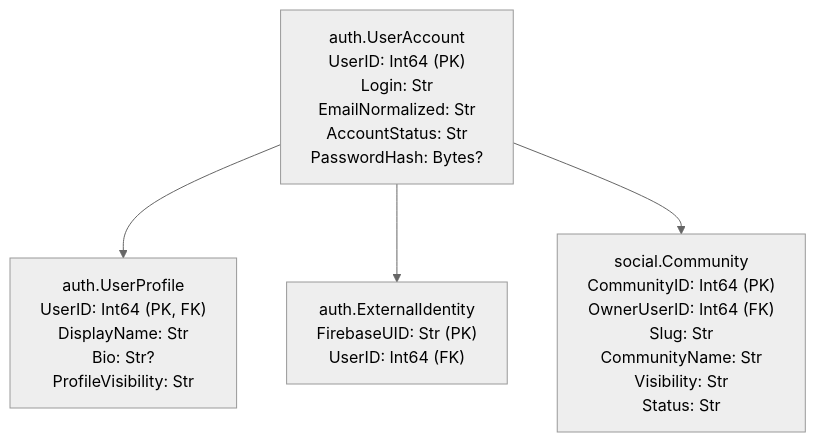
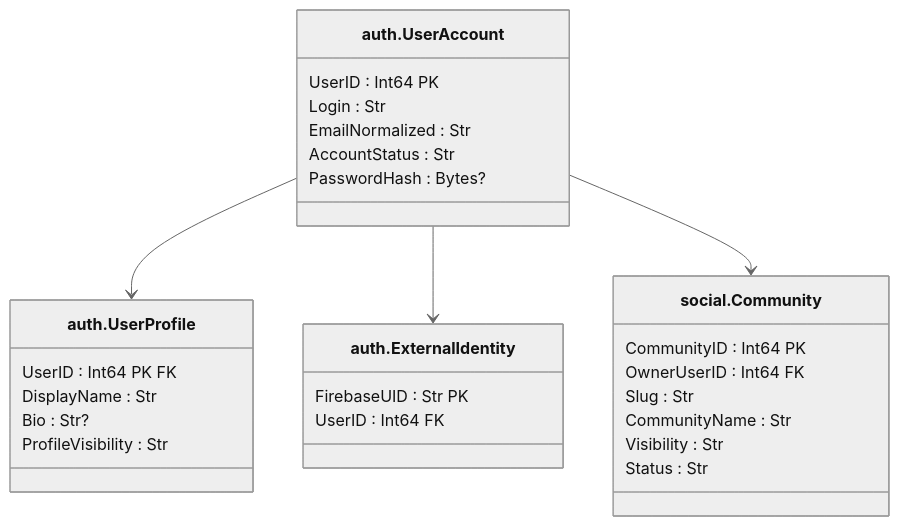
One commit to lkeey/BIVT-labs changed the first of 15 diagrams in 03SQL-CourseWork/architecture/database-model.md. Above: the diagram before and after it, drawn with Mermaid (neutral theme). The commit also changed other lines of this file, not shown here.

Commit message:
docs: center database table titles in diagrams

```diff
--- a/03SQL-CourseWork/architecture/database-model.md
+++ b/03SQL-CourseWork/architecture/database-model.md
@@ -13,10 +13,32 @@
 ~~~mermaid
-flowchart TB
-    U["auth.UserAccount<br/>UserID: Int64 (PK)<br/>Login: Str<br/>EmailNormalized: Str<br/>AccountStatus: Str<br/>PasswordHash: Bytes?"]
-    P["auth.UserProfile<br/>UserID: Int64 (PK, FK)<br/>DisplayName: Str<br/>Bio: Str?<br/>ProfileVisibility: Str"]
-    X["auth.ExternalIdentity<br/>FirebaseUID: Str (PK)<br/>UserID: Int64 (FK)"]
-    C["social.Community<br/>CommunityID: Int64 (PK)<br/>OwnerUserID: Int64 (FK)<br/>Slug: Str<br/>CommunityName: Str<br/>Visibility: Str<br/>Status: Str"]
+classDiagram
+    direction TB
+    class U["auth.UserAccount"] {
+        UserID : Int64 PK
+        Login : Str
+        EmailNormalized : Str
+        AccountStatus : Str
+        PasswordHash : Bytes?
+    }
+    class P["auth.UserProfile"] {
+        UserID : Int64 PK FK
+        DisplayName : Str
+        Bio : Str?
+        ProfileVisibility : Str
+    }
+    class X["auth.ExternalIdentity"] {
+        FirebaseUID : Str PK
+        UserID : Int64 FK
+    }
+    class C["social.Community"] {
+        CommunityID : Int64 PK
+        OwnerUserID : Int64 FK
+        Slug : Str
+        CommunityName : Str
+        Visibility : Str
+        Status : Str
+    }
     U --> P
     U --> X
     U --> C
 ~~~
```
